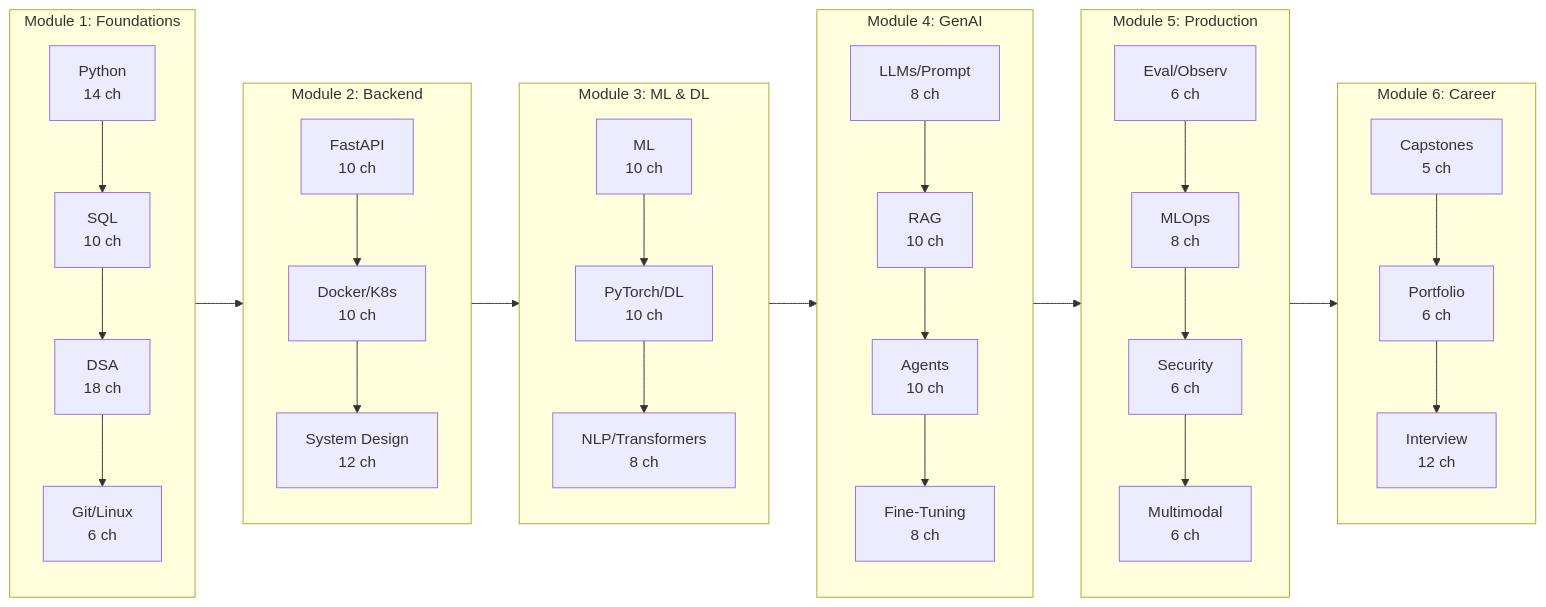
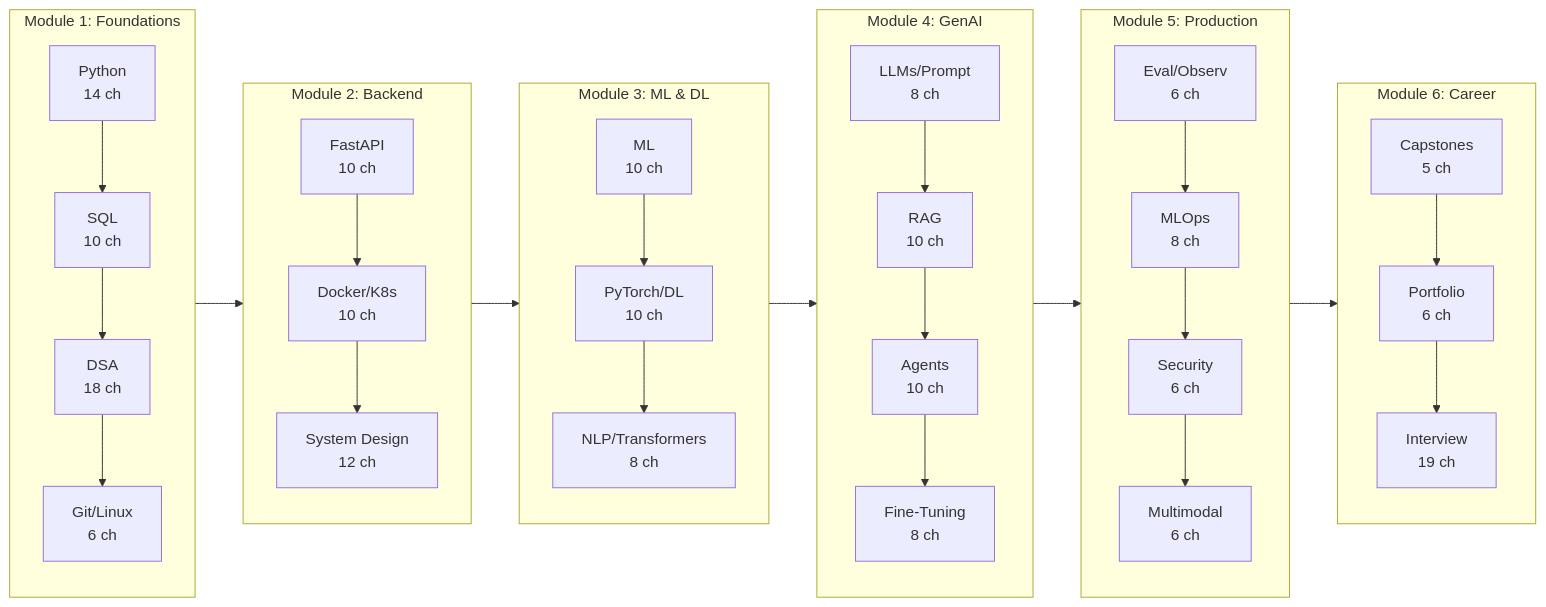
The first of 2 diagrams in docs/courses/ai-engineering-placement/index.md (Raushan666java/ai-engineering-journey), drawn with Mermaid before and after one commit. The commit also changed other lines of this file and 6 other files, not shown here.

````diff
--- a/docs/courses/ai-engineering-placement/index.md
+++ b/docs/courses/ai-engineering-placement/index.md
@@ -44,35 +44,35 @@
 ```mermaid
 flowchart LR
     subgraph M1[Module 1: Foundations]
         P1[Python<br/>14 ch] --> SQL[SQL<br/>10 ch]
         SQL --> DSA[DSA<br/>18 ch]
         DSA --> GLC[Git/Linux<br/>6 ch]
     end
     subgraph M2[Module 2: Backend]
         FB[FastAPI<br/>10 ch] --> DKC[Docker/K8s<br/>10 ch]
         DKC --> SD[System Design<br/>12 ch]
     end
     subgraph M3[Module 3: ML & DL]
         ML[ML<br/>10 ch] --> DL[PyTorch/DL<br/>10 ch]
         DL --> NLP[NLP/Transformers<br/>8 ch]
     end
     subgraph M4[Module 4: GenAI]
         LLM[LLMs/Prompt<br/>8 ch] --> RAG[RAG<br/>10 ch]
         RAG --> AGE[Agents<br/>10 ch]
         AGE --> FT[Fine-Tuning<br/>8 ch]
     end
     subgraph M5[Module 5: Production]
         EVAL[Eval/Observ<br/>6 ch] --> MLOps[MLOps<br/>8 ch]
         MLOps --> SEC[Security<br/>6 ch]
         SEC --> MM[Multimodal<br/>6 ch]
     end
     subgraph M6[Module 6: Career]
         CAP[Capstones<br/>5 ch] --> PORT[Portfolio<br/>6 ch]
-        PORT --> INT[Interview<br/>12 ch]
+        PORT --> INT[Interview<br/>19 ch]
     end
     M1 --> M2
     M2 --> M3
     M3 --> M4
     M4 --> M5
     M5 --> M6
 ```
````
